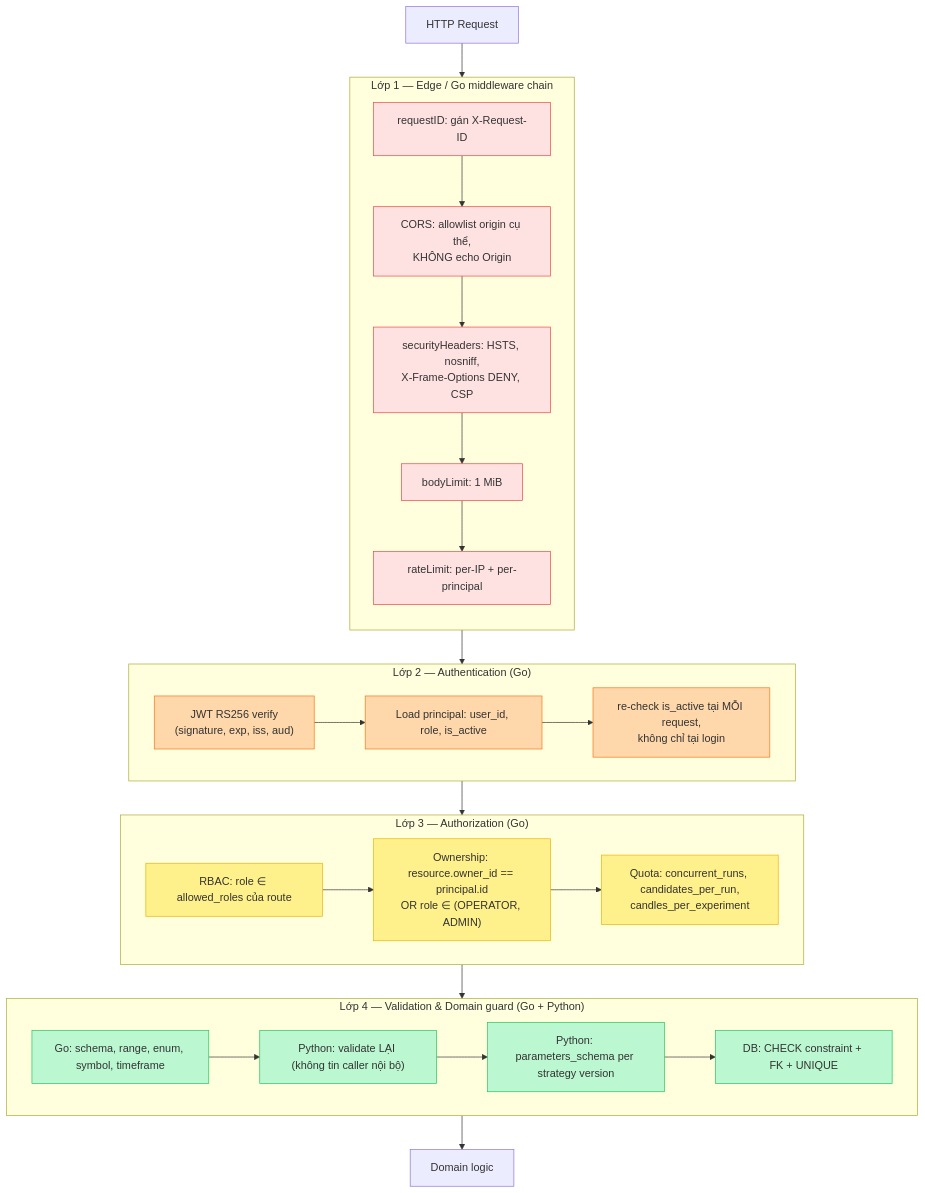
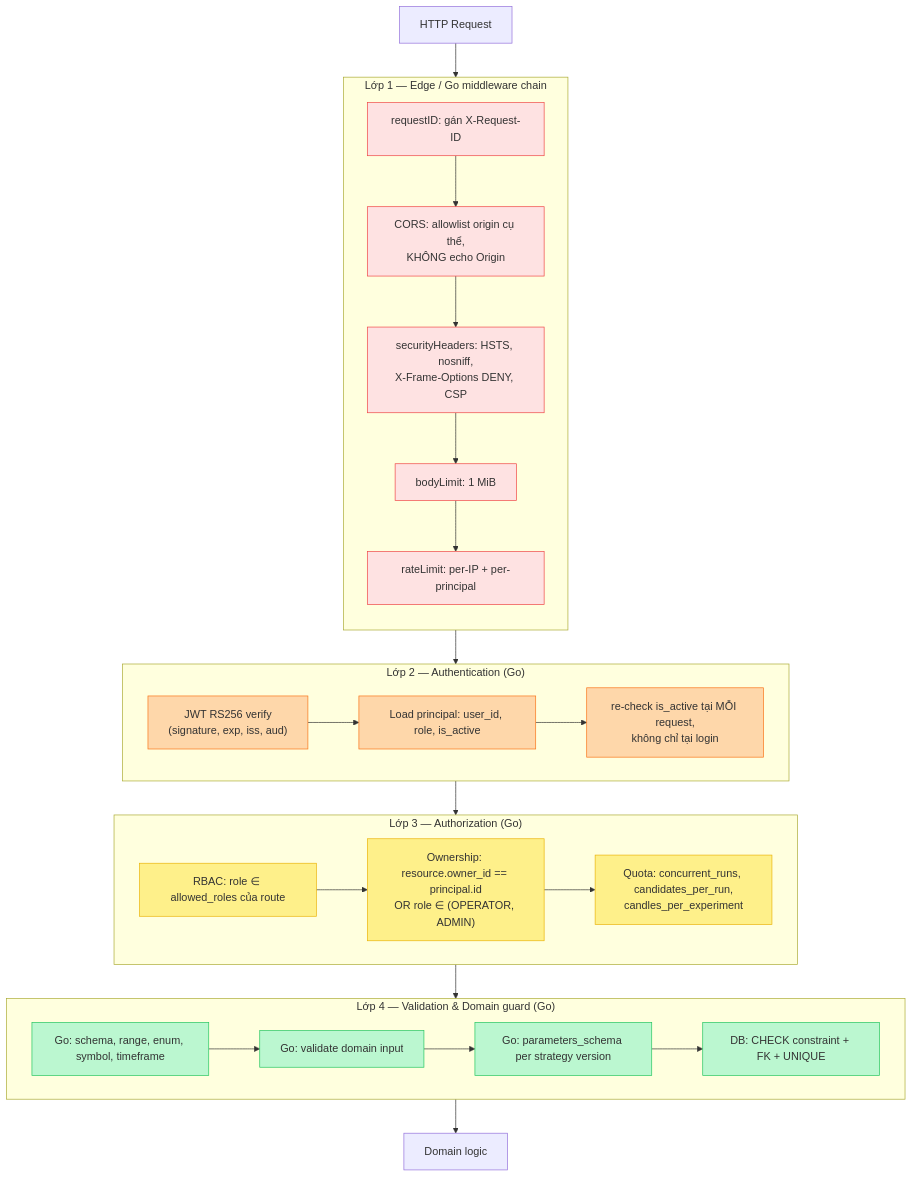
One commit to EnsoTech-Studio/CryptoBot changed diagram 14 of 15 in blueprint/design.md. Above: the diagram before and after it, drawn with Mermaid. The commit also changed other lines of this file and 69 other files, not shown here.

First line of the commit message:
docs(blueprint): reconcile Go architecture

````diff
--- a/blueprint/design.md
+++ b/blueprint/design.md
@@ -2899,53 +2807,53 @@
 ```mermaid
 flowchart TB
     REQ["HTTP Request"] --> L1
 
     subgraph L1["Lớp 1 — Edge / Go middleware chain"]
         direction TB
         A1["requestID: gán X-Request-ID"]
         A2["CORS: allowlist origin cụ thể,<br/>KHÔNG echo Origin"]
         A3["securityHeaders: HSTS, nosniff,<br/>X-Frame-Options DENY, CSP"]
         A4["bodyLimit: 1 MiB"]
         A5["rateLimit: per-IP + per-principal"]
         A1 --> A2 --> A3 --> A4 --> A5
     end
 
     L1 --> L2
 
     subgraph L2["Lớp 2 — Authentication (Go)"]
         B1["JWT RS256 verify<br/>(signature, exp, iss, aud)"]
         B2["Load principal: user_id, role, is_active"]
         B3["re-check is_active tại MỖI request,<br/>không chỉ tại login"]
         B1 --> B2 --> B3
     end
 
     L2 --> L3
 
     subgraph L3["Lớp 3 — Authorization (Go)"]
         C1["RBAC: role ∈ allowed_roles của route"]
         C2["Ownership: resource.owner_id == principal.id<br/>OR role ∈ (OPERATOR, ADMIN)"]
         C3["Quota: concurrent_runs, candidates_per_run,<br/>candles_per_experiment"]
         C1 --> C2 --> C3
     end
 
     L3 --> L4
 
-    subgraph L4["Lớp 4 — Validation & Domain guard (Go + Python)"]
+    subgraph L4["Lớp 4 — Validation & Domain guard (Go)"]
         D1["Go: schema, range, enum, symbol, timeframe"]
-        D2["Python: validate LẠI (không tin caller nội bộ)"]
-        D3["Python: parameters_schema per strategy version"]
+        D2["Go: validate domain input"]
+        D3["Go: parameters_schema per strategy version"]
         D4["DB: CHECK constraint + FK + UNIQUE"]
         D1 --> D2 --> D3 --> D4
     end
 
     L4 --> DOM["Domain logic"]
 
     classDef l1 fill:#fee2e2,stroke:#ef4444
     classDef l2 fill:#fed7aa,stroke:#f97316
     classDef l3 fill:#fef08a,stroke:#eab308
     classDef l4 fill:#bbf7d0,stroke:#22c55e
     class A1,A2,A3,A4,A5 l1
     class B1,B2,B3 l2
     class C1,C2,C3 l3
     class D1,D2,D3,D4 l4
 ```
````
